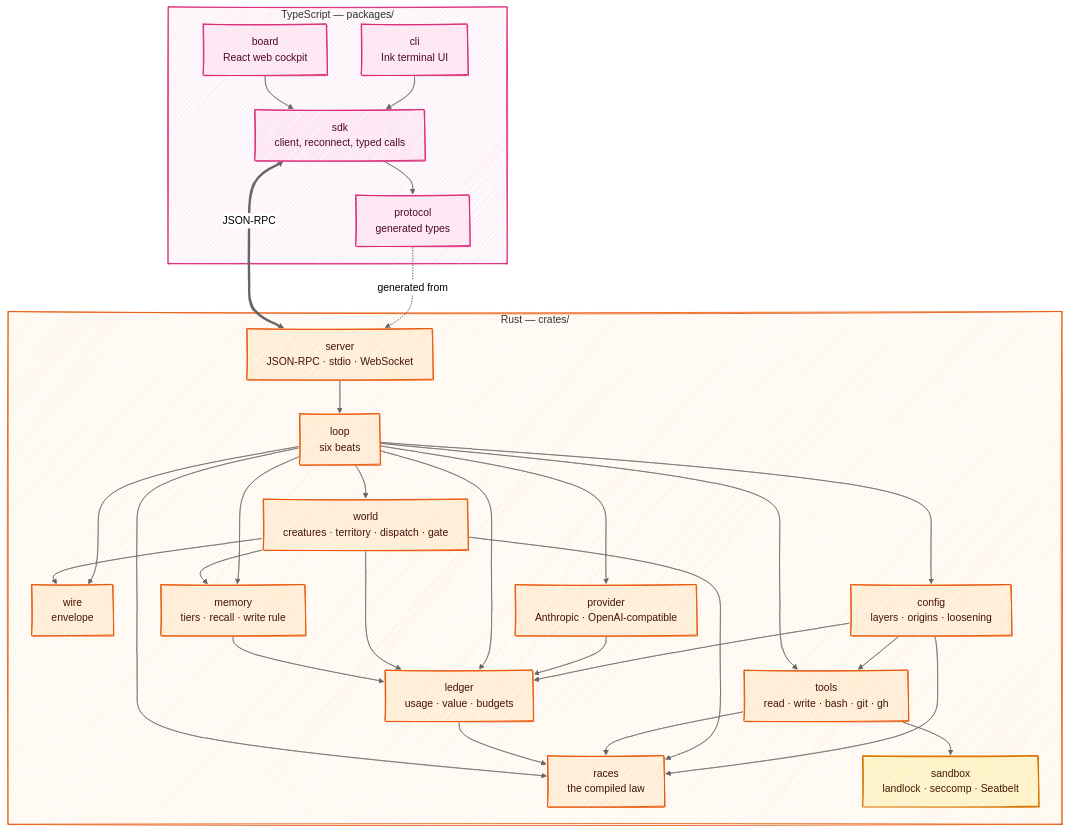
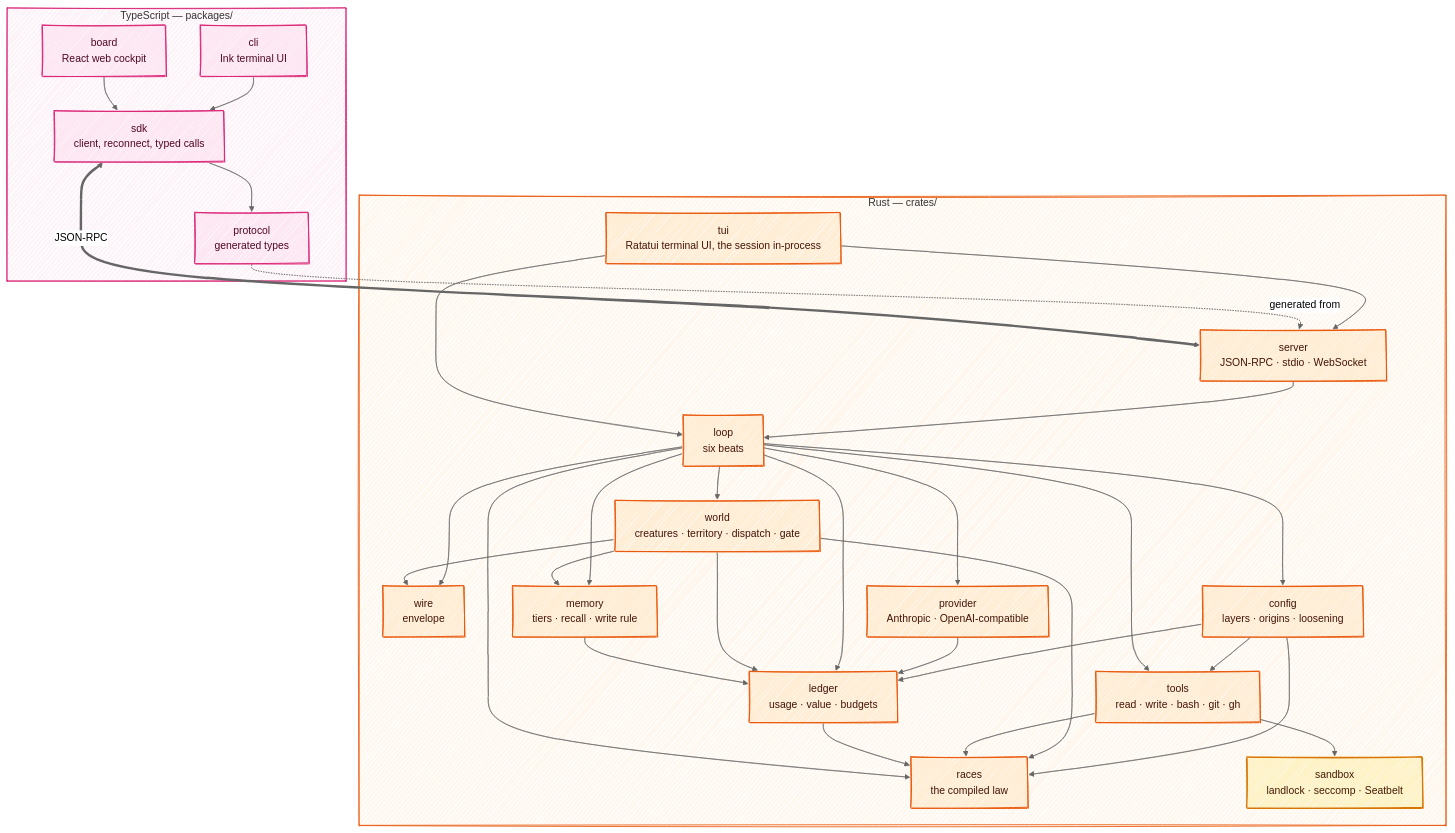
The first of 3 diagrams in docs/05-architecture.md (Kaginari/mnemorph), drawn with Mermaid before and after one commit. The commit also changed other lines of this file and 34 other files, not shown here.

First line of the commit message:
feat(tui): the terminal UI in Rust, part one

````diff
--- a/docs/05-architecture.md
+++ b/docs/05-architecture.md
@@ -5,58 +5,61 @@
 ```mermaid
 ---
 config:
   look: handDrawn
   theme: neutral
   flowchart:
     wrappingWidth: 360
 ---
 flowchart TB
     subgraph ts["TypeScript — packages/"]
       CLI["cli<br/>Ink terminal UI"]
       BOARD["board<br/>React web cockpit"]
       SDK["sdk<br/>client, reconnect, typed calls"]
       PROTO["protocol<br/>generated types"]
       CLI --> SDK
       BOARD --> SDK
       SDK --> PROTO
     end
     subgraph rs["Rust — crates/"]
+      TUI["tui<br/>Ratatui terminal UI, the session in-process"]
       SERVER["server<br/>JSON-RPC · stdio · WebSocket"]
       LOOP["loop<br/>six beats"]
       WORLD["world<br/>creatures · territory · dispatch · gate"]
       RACES["races<br/>the compiled law"]
       WIRE["wire<br/>envelope"]
       TOOLS["tools<br/>read · write · bash · git · gh"]
       SANDBOX["sandbox<br/>landlock · seccomp · Seatbelt"]
       PROV["provider<br/>Anthropic · OpenAI-compatible"]
       LEDGER["ledger<br/>usage · value · budgets"]
       MEM["memory<br/>tiers · recall · write rule"]
       CONFIG["config<br/>layers · origins · loosening"]
       SERVER --> LOOP
+      TUI --> SERVER
+      TUI --> LOOP
       LOOP --> CONFIG --> TOOLS
       CONFIG --> RACES
       CONFIG --> LEDGER
       LOOP --> WORLD --> RACES
       LOOP --> PROV --> LEDGER
       LOOP --> TOOLS --> SANDBOX
       TOOLS --> RACES
       LOOP --> LEDGER --> RACES
       LOOP --> MEM
       LOOP --> RACES
       LOOP --> WIRE
       WORLD --> WIRE
       WORLD --> LEDGER
       WORLD --> MEM
       MEM --> LEDGER
     end
     PROTO -. generated from .-> SERVER
     SDK <==>|JSON-RPC| SERVER
     classDef ts fill:#fde7f3,stroke:#db2777,stroke-width:1.5px,color:#500724
     class CLI,BOARD,SDK,PROTO ts
     classDef rs fill:#ffedd5,stroke:#ea580c,stroke-width:1.5px,color:#431407
-    class SERVER,LOOP,WORLD,RACES,WIRE,TOOLS,PROV,LEDGER,MEM,CONFIG rs
+    class TUI,SERVER,LOOP,WORLD,RACES,WIRE,TOOLS,PROV,LEDGER,MEM,CONFIG rs
     classDef gate fill:#fef3c7,stroke:#d97706,stroke-width:2px,color:#451a03
     class SANDBOX gate
     style ts fill:#fdf2f8,stroke:#db2777
     style rs fill:#fff7ed,stroke:#ea580c
 ```
````
